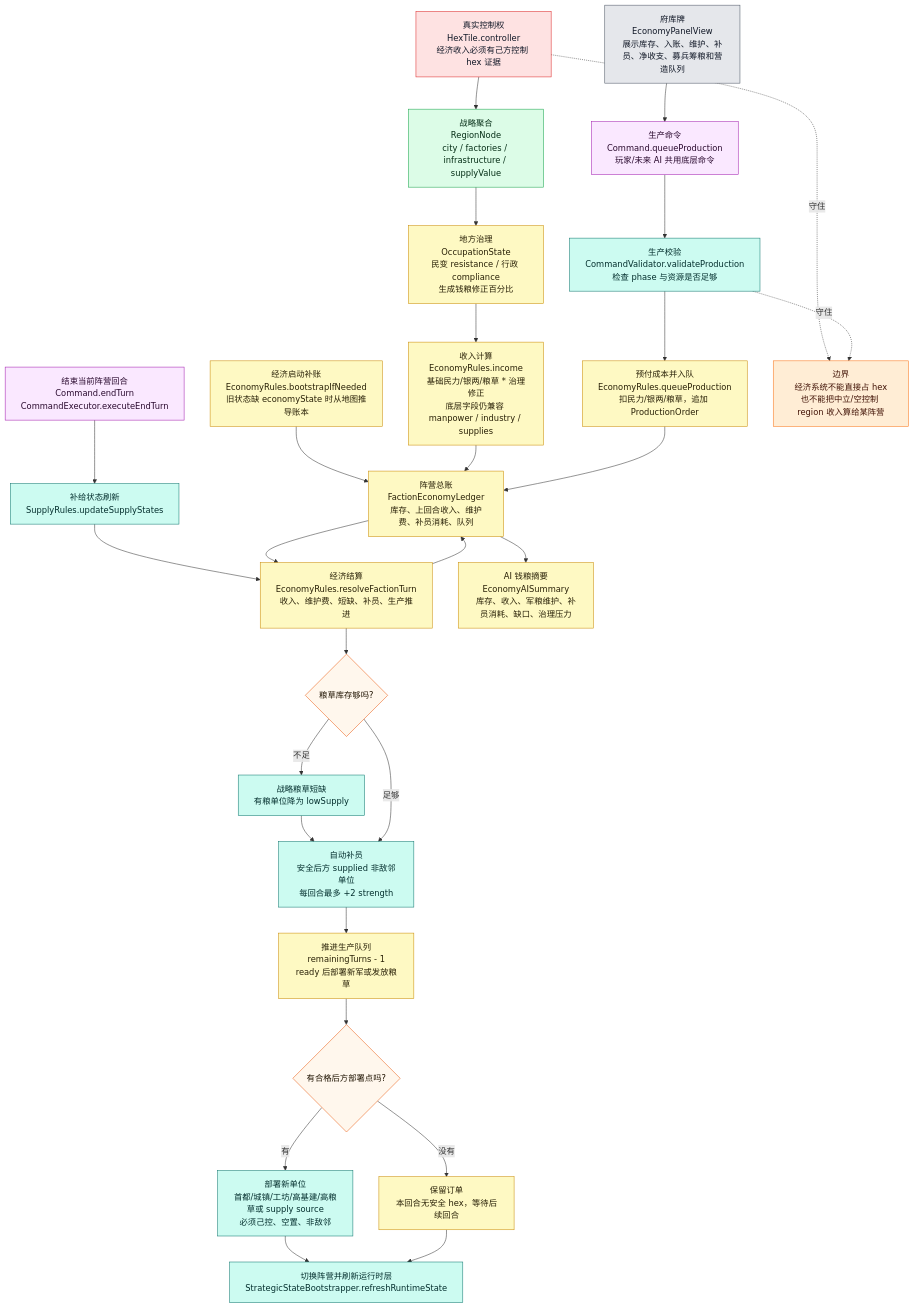
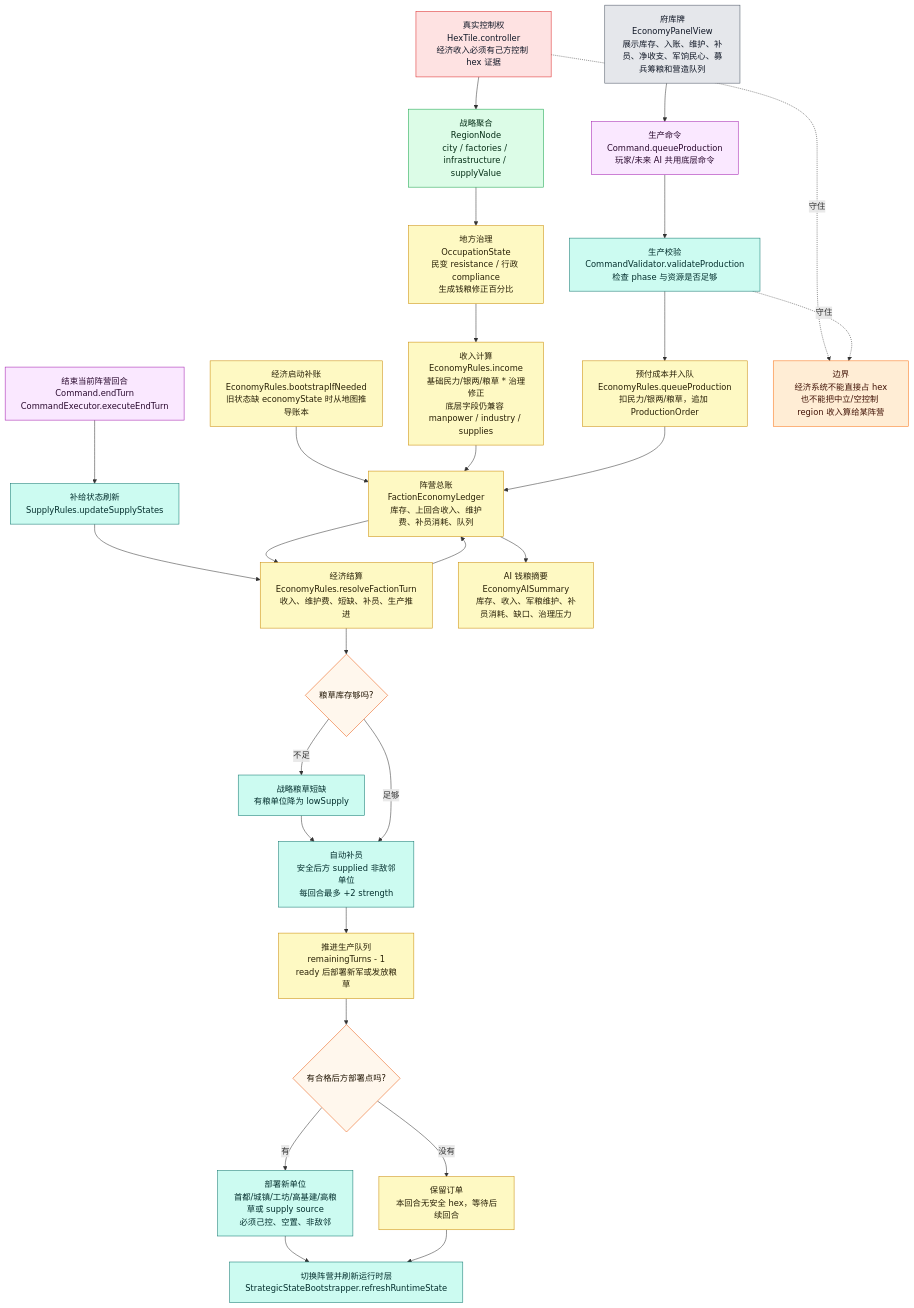
The fourth of 9 diagrams in md/flow/flowchart.md (Altman-sam114/123), drawn with Mermaid before and after one commit. The commit also changed other lines of this file and 6 other files, not shown here.

````diff
--- a/md/flow/flowchart.md
+++ b/md/flow/flowchart.md
@@ -284,54 +284,54 @@
 ```mermaid
 flowchart TD
     BOOT["经济启动补账<br/>EconomyRules.bootstrapIfNeeded<br/>旧状态缺 economyState 时从地图推导账本"]:::economy
     HEX["真实控制权<br/>HexTile.controller<br/>经济收入必须有己方控制 hex 证据"]:::authority
     REGION["战略聚合<br/>RegionNode<br/>city / factories / infrastructure / supplyValue"]:::derived
     GOV["地方治理<br/>OccupationState<br/>民变 resistance / 行政 compliance<br/>生成钱粮修正百分比"]:::economy
     INCOME["收入计算<br/>EconomyRules.income<br/>基础民力/银两/粮草 * 治理修正<br/>底层字段仍兼容 manpower / industry / supplies"]:::economy
     LEDGER["阵营总账<br/>FactionEconomyLedger<br/>库存、上回合收入、维护费、补员消耗、队列"]:::economy
 
-    UI["府库牌<br/>EconomyPanelView<br/>展示库存、入账、维护、补员、净收支、募兵筹粮和营造队列"]:::ui
+    UI["府库牌<br/>EconomyPanelView<br/>展示库存、入账、维护、补员、净收支、军饷民心、募兵筹粮和营造队列"]:::ui
     QUEUE["生产命令<br/>Command.queueProduction<br/>玩家/未来 AI 共用底层命令"]:::command
     VALIDATE["生产校验<br/>CommandValidator.validateProduction<br/>检查 phase 与资源是否足够"]:::rules
     PAY["预付成本并入队<br/>EconomyRules.queueProduction<br/>扣民力/银两/粮草，追加 ProductionOrder"]:::economy
 
     END["结束当前阵营回合<br/>Command.endTurn<br/>CommandExecutor.executeEndTurn"]:::command
     SUPPLY["补给状态刷新<br/>SupplyRules.updateSupplyStates"]:::rules
     RESOLVE["经济结算<br/>EconomyRules.resolveFactionTurn<br/>收入、维护费、短缺、补员、生产推进"]:::economy
     SHORT{"粮草库存够吗?"}:::decision
     LOW["战略粮草短缺<br/>有粮单位降为 lowSupply"]:::rules
     REINF["自动补员<br/>安全后方 supplied 非敌邻单位<br/>每回合最多 +2 strength"]:::rules
     PROD["推进生产队列<br/>remainingTurns - 1<br/>ready 后部署新军或发放粮草"]:::economy
     DEPLOY{"有合格后方部署点吗?"}:::decision
     SPAWN["部署新单位<br/>首都/城镇/工坊/高基建/高粮草或 supply source<br/>必须己控、空置、非敌邻"]:::rules
     WAIT["保留订单<br/>本回合无安全 hex，等待后续回合"]:::economy
     NEXT["切换阵营并刷新运行时层<br/>StrategicStateBootstrapper.refreshRuntimeState"]:::rules
 
     BOOT --> LEDGER
     HEX --> REGION --> GOV --> INCOME --> LEDGER
     UI --> QUEUE --> VALIDATE --> PAY --> LEDGER
     END --> SUPPLY --> RESOLVE
     LEDGER --> RESOLVE
     RESOLVE --> SHORT
     SHORT -->|不足| LOW --> REINF
     SHORT -->|足够| REINF
     REINF --> PROD --> DEPLOY
     DEPLOY -->|有| SPAWN --> NEXT
     DEPLOY -->|没有| WAIT --> NEXT
     RESOLVE --> LEDGER
 
     LEDGER --> AISUM["AI 钱粮摘要<br/>EconomyAISummary<br/>库存、收入、军粮维护、补员消耗、缺口、治理压力"]:::economy
 
     WARN["边界<br/>经济系统不能直接占 hex<br/>也不能把中立/空控制 region 收入算给某阵营"]:::warn
     HEX -.守住.-> WARN
     VALIDATE -.守住.-> WARN
 
     classDef authority fill:#fee2e2,stroke:#dc2626,color:#111827
     classDef derived fill:#dcfce7,stroke:#16a34a,color:#052e16
     classDef economy fill:#fef9c3,stroke:#ca8a04,color:#292107
     classDef command fill:#fae8ff,stroke:#a21caf,color:#2a0a2f
     classDef rules fill:#ccfbf1,stroke:#0f766e,color:#042f2e
     classDef decision fill:#fff7ed,stroke:#ea580c,color:#1f1300
     classDef ui fill:#e5e7eb,stroke:#4b5563,color:#111827
     classDef warn fill:#ffedd5,stroke:#f97316,color:#431407
 ```
````
